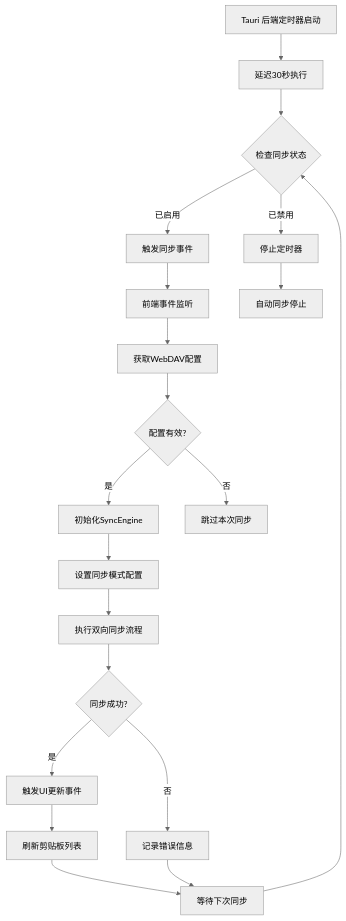
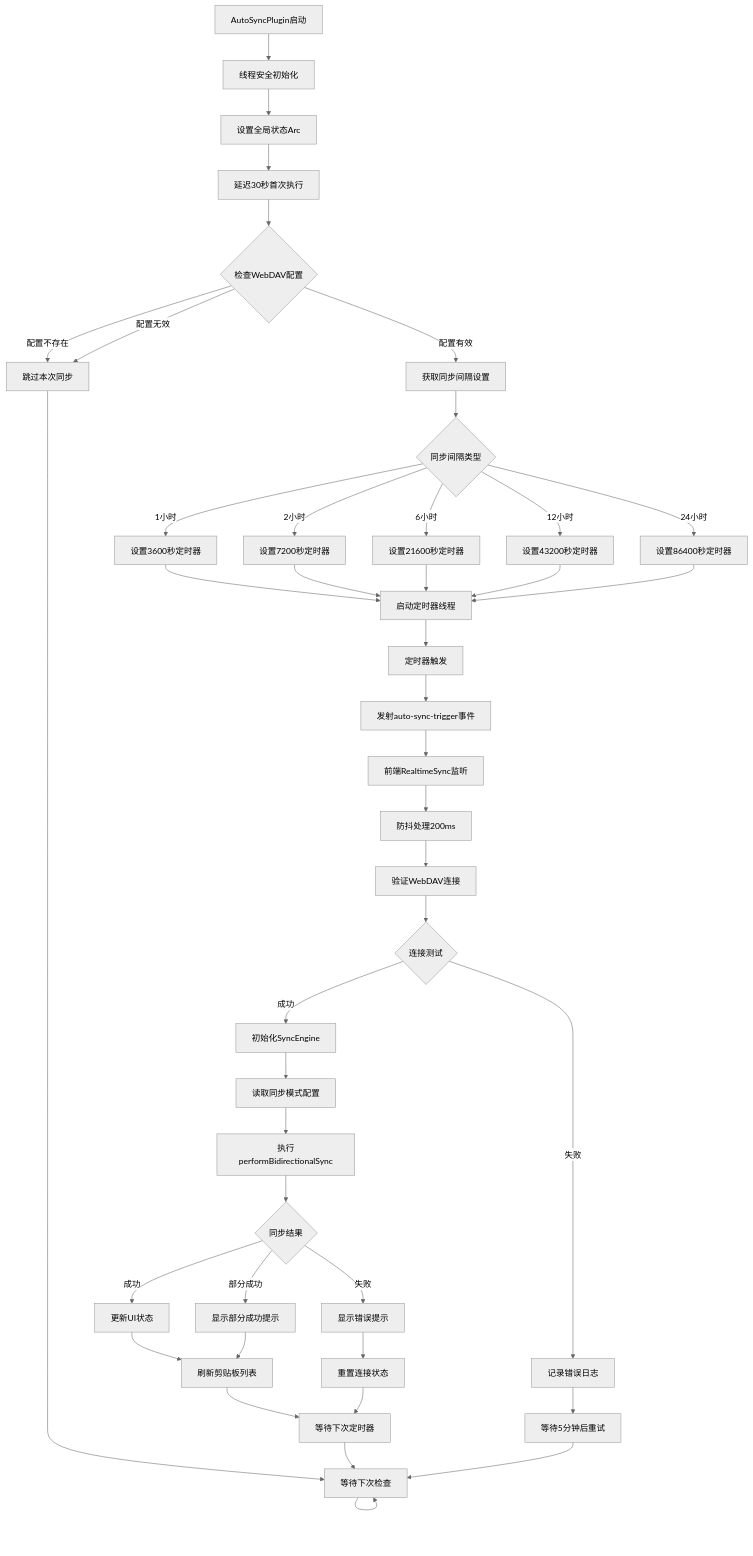
One commit to Ruszero01/EcoPaste-Sync changed the third of 11 diagrams in docs/architecture-diagram.md. Above: the diagram before and after it, drawn with Mermaid (neutral theme). The commit also changed other lines of this file and 1 other file, not shown here.

Commit message:
chore: 更新架构文档和架构图

````diff
--- a/docs/architecture-diagram.md
+++ b/docs/architecture-diagram.md
@@ -113,26 +168,58 @@
 ```mermaid
 graph TB
-    A[Tauri 后端定时器启动] --> B[延迟30秒执行]
-    B --> C{检查同步状态}
-    C -->|已启用| D[触发同步事件]
-    C -->|已禁用| E[停止定时器]
+    A[AutoSyncPlugin启动] --> B[线程安全初始化]
+    B --> C[设置全局状态Arc<Mutex>]
+    C --> D[延迟30秒首次执行]
+    D --> E{检查WebDAV配置}
 
-    D --> F[前端事件监听]
-    F --> G[获取WebDAV配置]
-    G --> H{配置有效?}
-    H -->|是| I[初始化SyncEngine]
-    H -->|否| J[跳过本次同步]
+    E -->|配置不存在| F[跳过本次同步]
+    E -->|配置无效| F
+    E -->|配置有效| G[获取同步间隔设置]
 
-    I --> K[设置同步模式配置]
-    K --> L[执行双向同步流程]
-    L --> M{同步成功?}
-    M -->|是| N[触发UI更新事件]
-    M -->|否| O[记录错误信息]
+    F --> H[等待下次检查]
+    G --> I{同步间隔类型}
 
-    N --> P[刷新剪贴板列表]
-    P --> Q[等待下次同步]
-    O --> Q
+    I -->|1小时| J[设置3600秒定时器]
+    I -->|2小时| K[设置7200秒定时器]
+    I -->|6小时| L[设置21600秒定时器]
+    I -->|12小时| M[设置43200秒定时器]
+    I -->|24小时| N[设置86400秒定时器]
 
-    Q --> C
-    E --> R[自动同步停止]
+    J --> O[启动定时器线程]
+    K --> O
+    L --> O
+    M --> O
+    N --> O
+
+    O --> P[定时器触发]
+    P --> Q[发射auto-sync-trigger事件]
+    Q --> R[前端RealtimeSync监听]
+
+    R --> S[防抖处理200ms]
+    S --> T[验证WebDAV连接]
+    T --> U{连接测试}
+
+    U -->|失败| V[记录错误日志]
+    U -->|成功| W[初始化SyncEngine]
+
+    W --> X[读取同步模式配置]
+    X --> Y[执行performBidirectionalSync]
+    Y --> Z{同步结果}
+
+    Z -->|成功| AA[更新UI状态]
+    Z -->|部分成功| BB[显示部分成功提示]
+    Z -->|失败| CC[显示错误提示]
+
+    AA --> DD[刷新剪贴板列表]
+    BB --> DD
+    CC --> EE[重置连接状态]
+
+    DD --> FF[等待下次定时器]
+    EE --> FF
+    FF --> H
+
+    V --> GG[等待5分钟后重试]
+    GG --> H
+
+    H --> H
 ```
````
